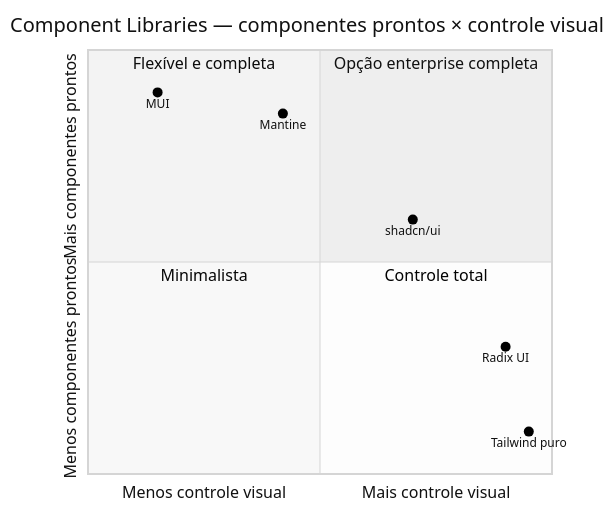
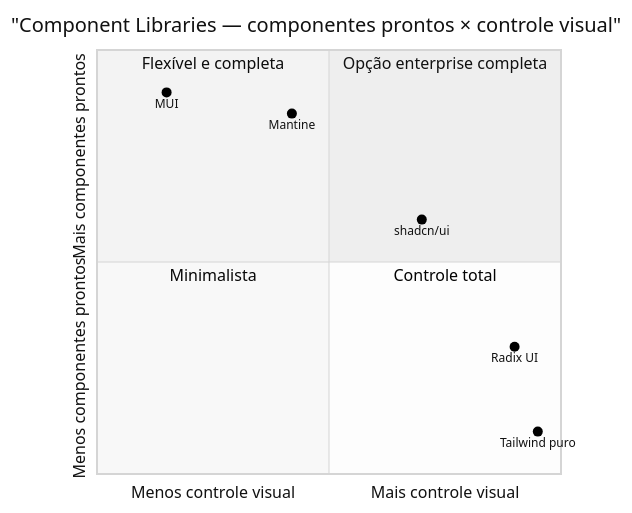
The first of 2 diagrams in 03-Dominios/Tecnologia/React/Ecossistema/03 - Component libraries e design systems.md (josenaldo/codex-technomanticus), drawn with Mermaid (neutral theme) before and after one commit. The commit also changed 30 other files, not shown here.

First line of the commit message:
fix(diagramas): 22 diagramas que não renderizavam por erro de sintaxe

````diff
--- a/03-Dominios/Tecnologia/React/Ecossistema/03 - Component libraries e design systems.md
+++ b/03-Dominios/Tecnologia/React/Ecossistema/03 - Component libraries e design systems.md
@@ -47,15 +47,15 @@
 ```mermaid
 quadrantChart
-    title Component Libraries — componentes prontos × controle visual
-    x-axis Menos controle visual --> Mais controle visual
-    y-axis Menos componentes prontos --> Mais componentes prontos
-    quadrant-1 Opção enterprise completa
-    quadrant-2 Flexível e completa
-    quadrant-3 Minimalista
-    quadrant-4 Controle total
-    MUI: [0.15, 0.90]
-    Mantine: [0.42, 0.85]
+    title "Component Libraries — componentes prontos × controle visual"
+    x-axis "Menos controle visual" --> "Mais controle visual"
+    y-axis "Menos componentes prontos" --> "Mais componentes prontos"
+    quadrant-1 "Opção enterprise completa"
+    quadrant-2 "Flexível e completa"
+    quadrant-3 "Minimalista"
+    quadrant-4 "Controle total"
+    "MUI": [0.15, 0.90]
+    "Mantine": [0.42, 0.85]
     "shadcn/ui": [0.70, 0.60]
     "Radix UI": [0.90, 0.30]
     "Tailwind puro": [0.95, 0.10]
 ```
````
